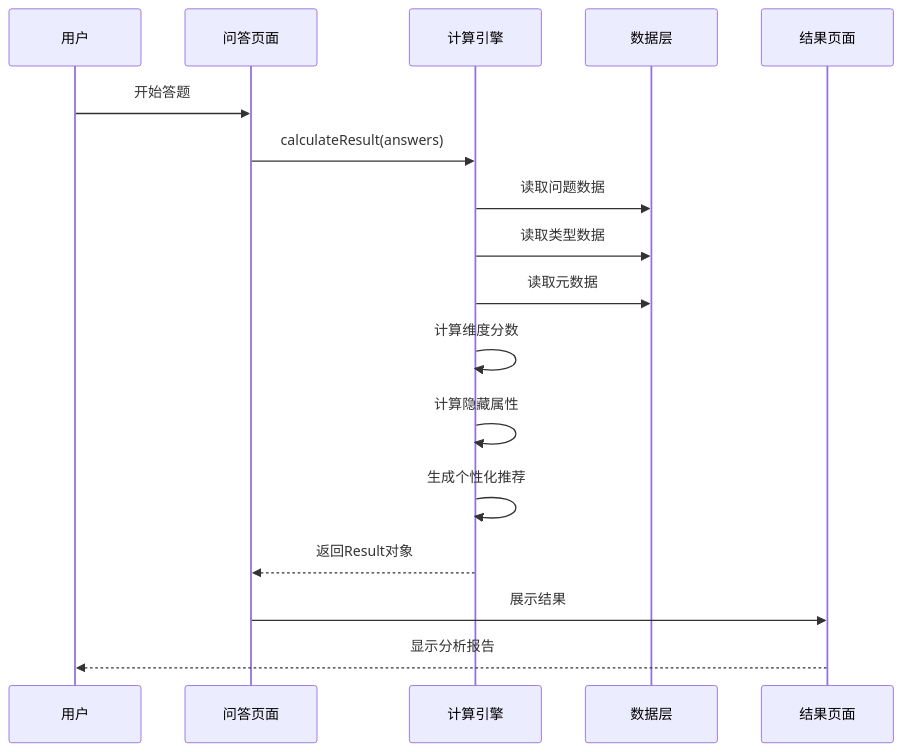
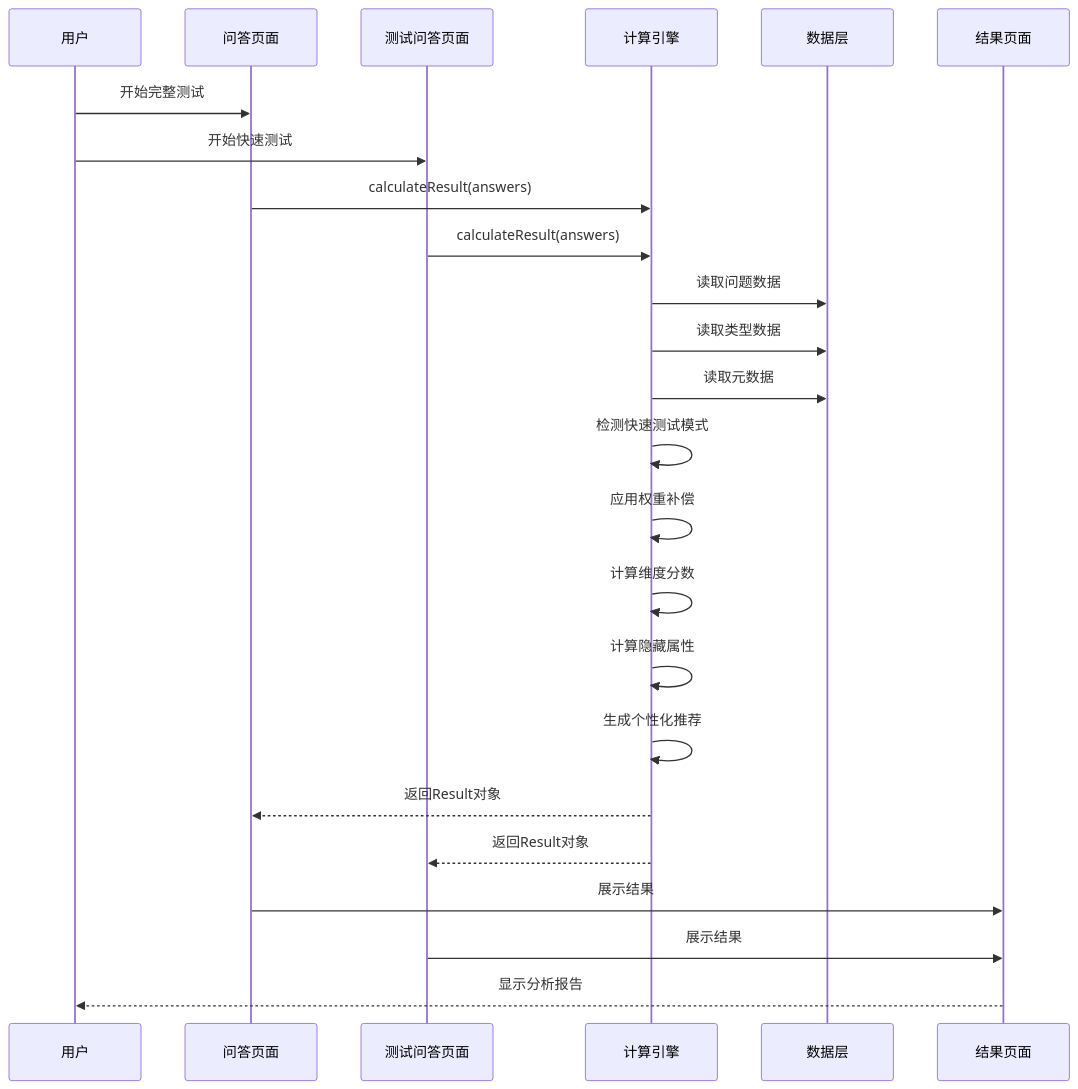
The third of 12 diagrams in .qoder/repowiki/zh/content/API参考文档/计算引擎API.md (Dragon0412/fbti-app), drawn with Mermaid before and after one commit. The commit also changed other lines of this file and 14 other files, not shown here.

````diff
--- a/.qoder/repowiki/zh/content/API参考文档/计算引擎API.md
+++ b/.qoder/repowiki/zh/content/API参考文档/计算引擎API.md
@@ -140,19 +156,26 @@
 ```mermaid
 sequenceDiagram
 participant User as 用户
 participant Quiz as 问答页面
+participant TestQuiz as 测试问答页面
 participant Engine as 计算引擎
 participant Data as 数据层
 participant Result as 结果页面
-User->>Quiz : 开始答题
+User->>Quiz : 开始完整测试
+User->>TestQuiz : 开始快速测试
 Quiz->>Engine : calculateResult(answers)
+TestQuiz->>Engine : calculateResult(answers)
 Engine->>Data : 读取问题数据
 Engine->>Data : 读取类型数据
 Engine->>Data : 读取元数据
+Engine->>Engine : 检测快速测试模式
+Engine->>Engine : 应用权重补偿
 Engine->>Engine : 计算维度分数
 Engine->>Engine : 计算隐藏属性
 Engine->>Engine : 生成个性化推荐
 Engine-->>Quiz : 返回Result对象
+Engine-->>TestQuiz : 返回Result对象
 Quiz->>Result : 展示结果
+TestQuiz->>Result : 展示结果
 Result-->>User : 显示分析报告
 ```
````
